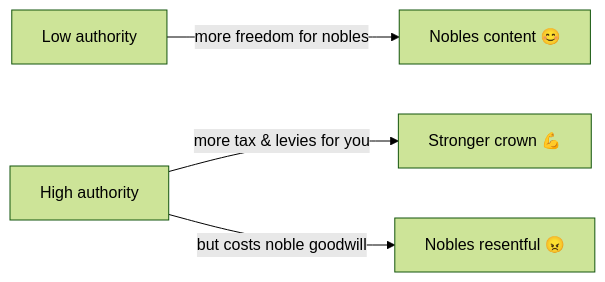
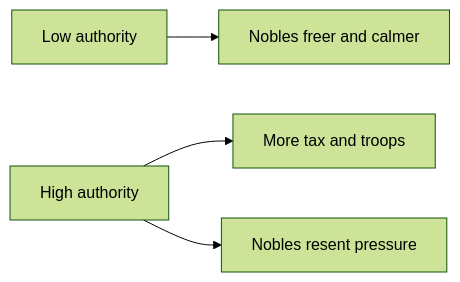
The diagram in content/court/Crown Authority and Tyranny.md (kroryan/Quartz-HispaniaBeta), drawn with Mermaid (forest theme) before and after one commit. The commit also changed other lines of this file and 35 other files, not shown here.

````diff
--- a/content/court/Crown Authority and Tyranny.md
+++ b/content/court/Crown Authority and Tyranny.md
@@ -18,6 +18,6 @@
 ```mermaid
 flowchart LR
-    L[Low authority] -->|more freedom for nobles| N[Nobles content 😊]
-    H[High authority] -->|more tax & levies for you| Y[Stronger crown 💪]
-    H -->|but costs noble goodwill| U[Nobles resentful 😠]
+    L[Low authority] --> N[Nobles freer and calmer]
+    H[High authority] --> S[More tax and troops]
+    H --> R[Nobles resent pressure]
 ```
````
